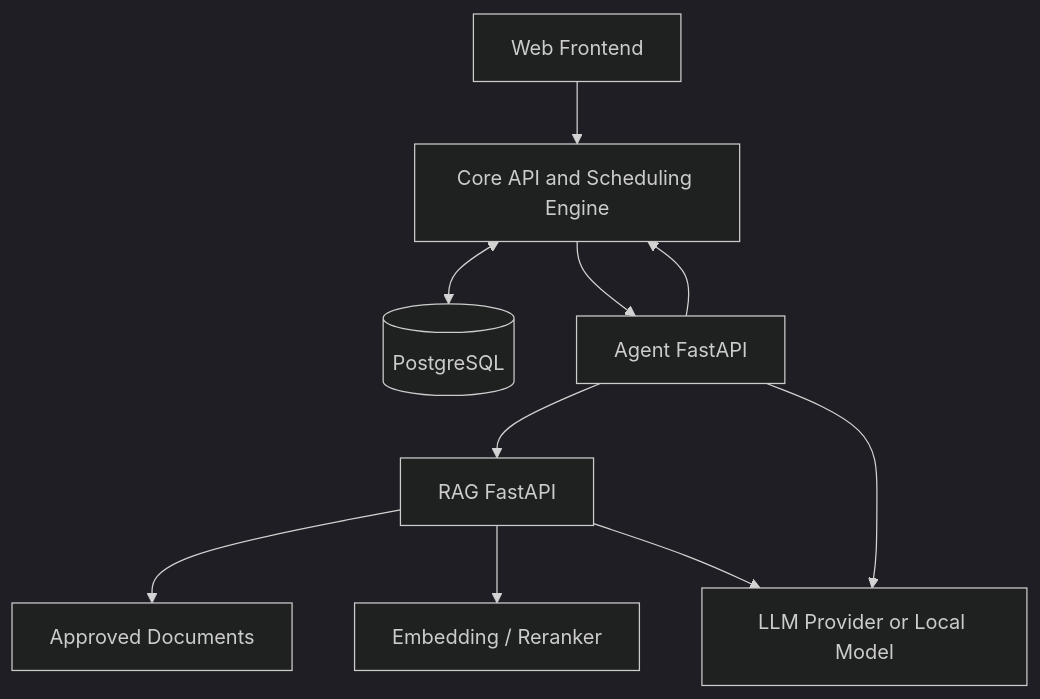
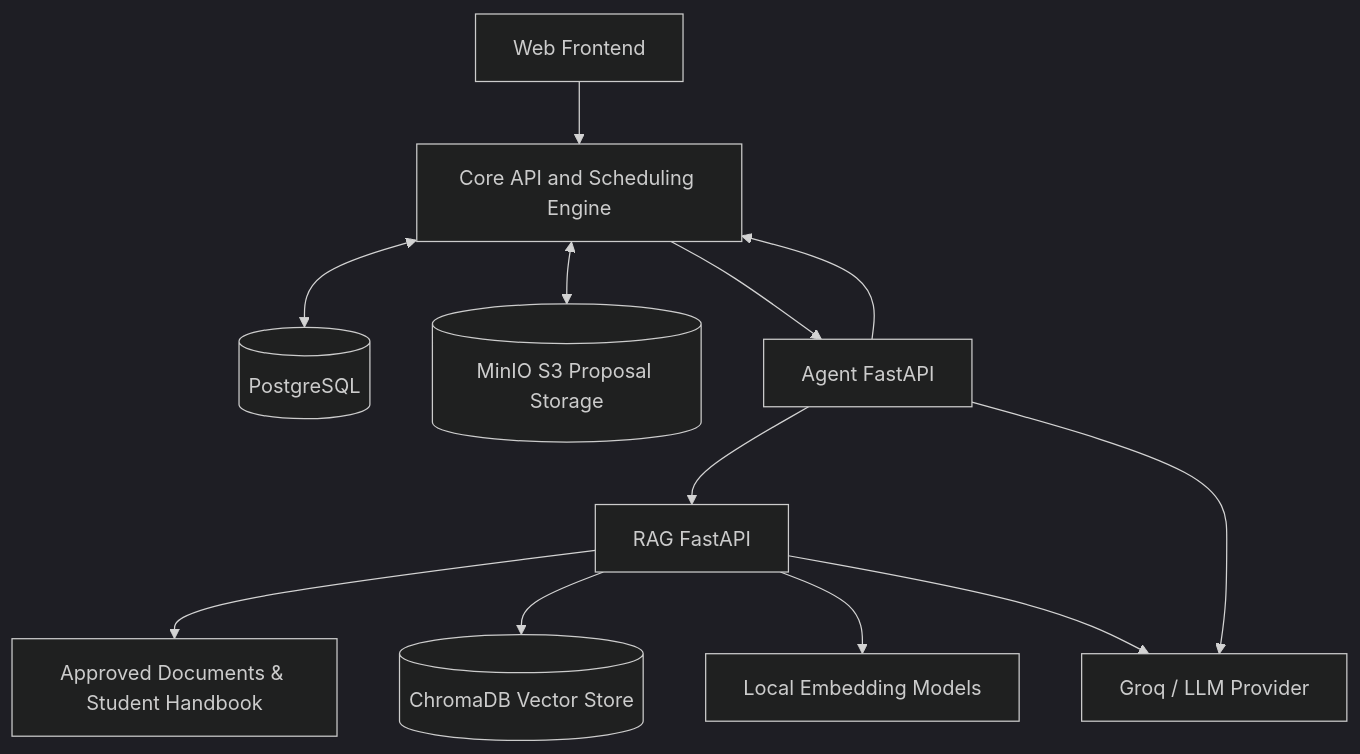
Before and after one commit to Mrudula-itsjuzme/Genesis-womm: the diagram in CONTEXT_ARCHITECTURE.md, drawn with Mermaid (dark theme). The commit also changed other lines of this file and 3 other files, not shown here.

Commit message:
docs: align architecture, project brief, and readme with faculty advisor workflow

````diff
--- a/CONTEXT_ARCHITECTURE.md
+++ b/CONTEXT_ARCHITECTURE.md
@@ -19,21 +19,25 @@
 ```mermaid
 flowchart TB
     UI[Web Frontend]
     CORE[Core API and Scheduling Engine]
     DB[(PostgreSQL)]
+    CHROMA[(ChromaDB Vector Store)]
+    MINIO[(MinIO S3 Proposal Storage)]
     AGENT[Agent FastAPI]
     RAG[RAG FastAPI]
-    DOCS[Approved Documents]
-    LLM[LLM Provider or Local Model]
-    EMB[Embedding / Reranker]
+    DOCS[Approved Documents & Student Handbook]
+    LLM[Groq / LLM Provider]
+    EMB[Local Embedding Models]
 
     UI --> CORE
     CORE <--> DB
+    CORE <--> MINIO
     CORE --> AGENT
     AGENT --> CORE
     AGENT --> RAG
     AGENT --> LLM
     RAG --> DOCS
+    RAG --> CHROMA
     RAG --> EMB
     RAG --> LLM
 ```
````
